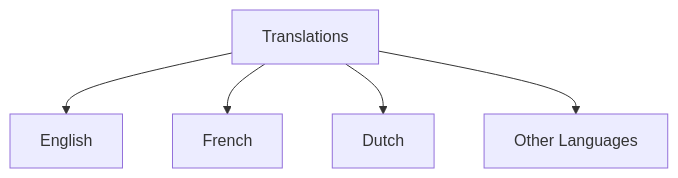
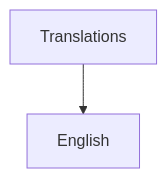
One commit to xdubois-57/iwanttobe.be-paid changed the third of 5 diagrams in DESIGN.md. Above: the diagram before and after it, drawn with Mermaid. The commit also changed other lines of this file and 1 other file, not shown here.

````diff
--- a/DESIGN.md
+++ b/DESIGN.md
@@ -100,7 +100,4 @@
 ```mermaid
 graph TD
     T[Translations] --> EN[English]
-    T --> FR[French]
-    T --> NL[Dutch]
-    T --> O[Other Languages]
 ```
````
